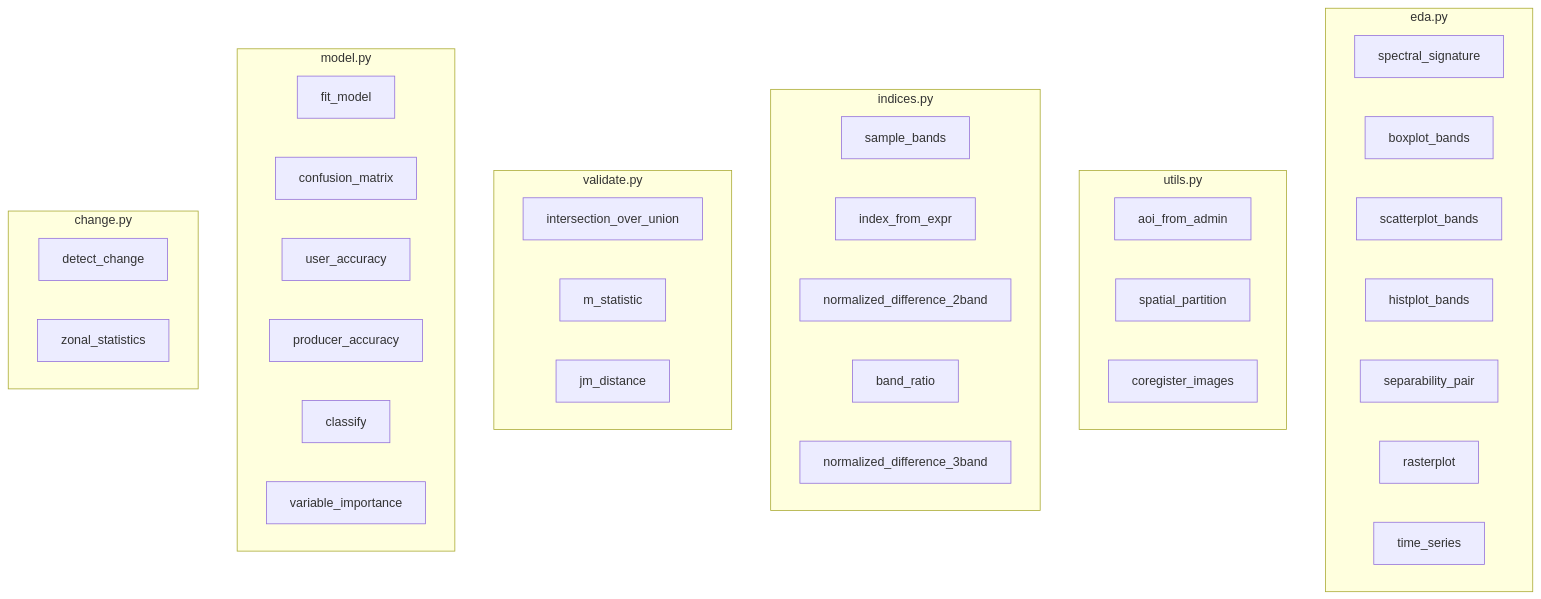
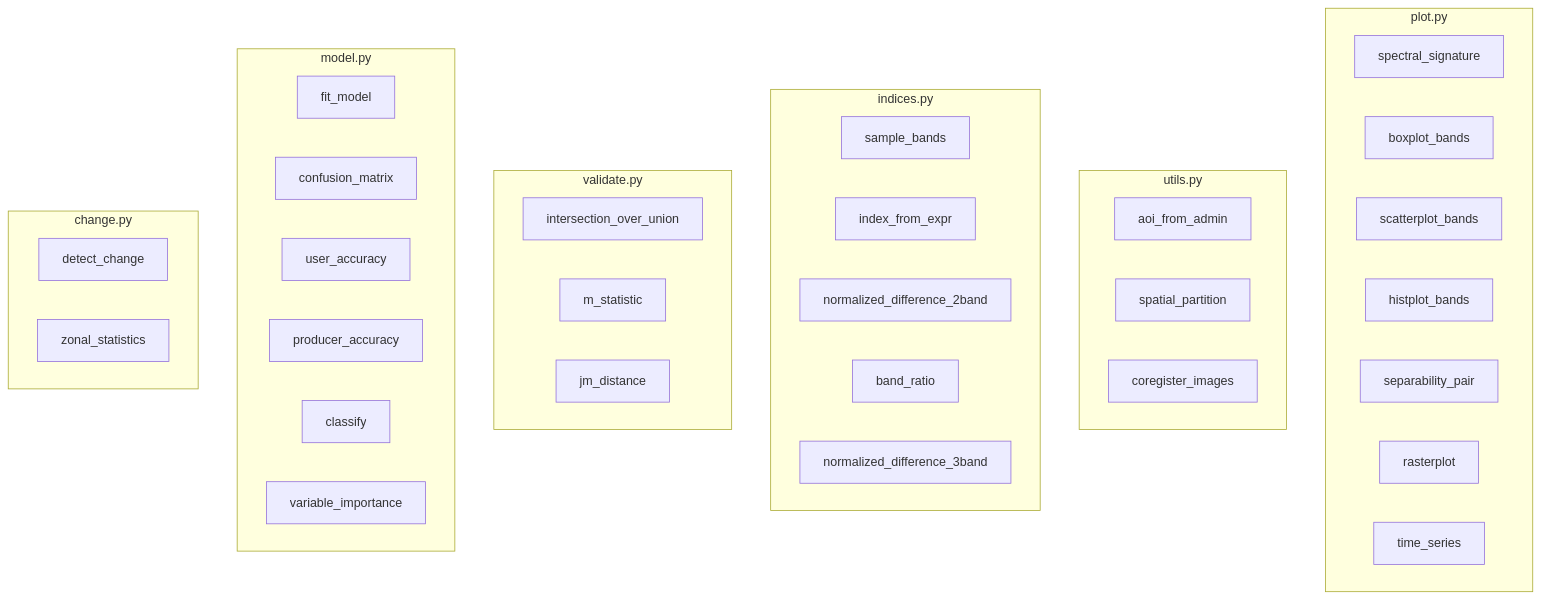
One commit to jeromemaiquez/gms-ir-mangrove-seagrass-surigao changed the diagram in implementation.md. Above: the diagram before and after it, drawn with Mermaid. The commit also changed 2 other files, not shown here.

Commit message:
Boxplot function + minor edits to validate.py docstrings

````diff
--- a/implementation.md
+++ b/implementation.md
@@ -1,41 +1,41 @@
 ```mermaid
 graph TD;
-    subgraph eda.py
-        E1[spectral_signature];
-        E2[boxplot_bands];
-        E3[scatterplot_bands];
-        E4[histplot_bands];
-        E5[separability_pair];
-        E6[rasterplot];
-        E7[time_series];
+    subgraph plot.py
+        P1[spectral_signature];
+        P2[boxplot_bands];
+        P3[scatterplot_bands];
+        P4[histplot_bands];
+        P5[separability_pair];
+        P6[rasterplot];
+        P7[time_series];
     end
     subgraph utils.py
         U1[aoi_from_admin];
         U2[spatial_partition];
         U3[coregister_images];
     end
     subgraph indices.py
         I1[sample_bands];
         I2[index_from_expr];
         I3[normalized_difference_2band];
         I4[band_ratio];
         I5[normalized_difference_3band];
     end
     subgraph validate.py
         V1[intersection_over_union];
         V2[m_statistic];
         V3[jm_distance];
     end
     subgraph model.py
         M1[fit_model];
         M2[confusion_matrix];
         M3[user_accuracy];
         M4[producer_accuracy];
         M5[classify];
         M6[variable_importance];
     end
     subgraph change.py
         C1[detect_change];
         C2[zonal_statistics];
     end
 ```
````
